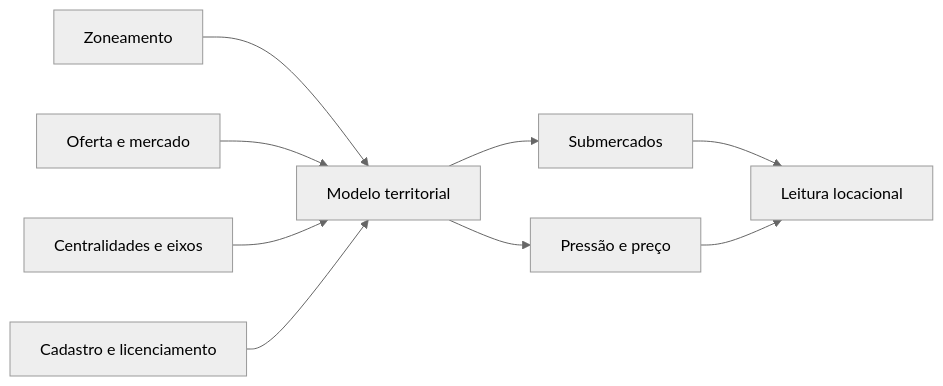
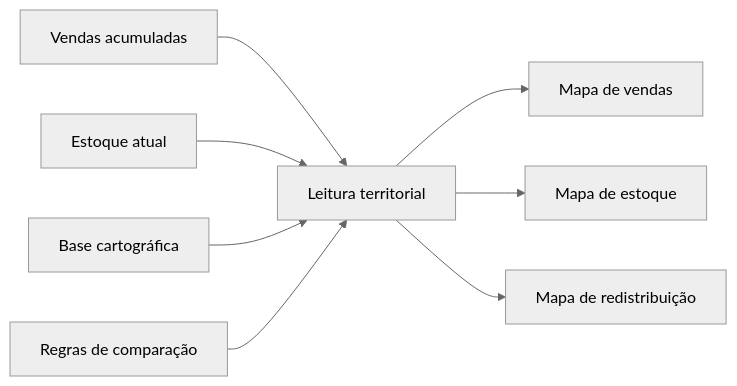
The diagram in casos/atlas-curitiba.pt-BR.md (Manoela-Calabresi-Portfolio/Manoela-Calabresi-Portfolio), drawn with Mermaid (neutral theme) before and after one commit. The commit also changed other lines of this file and 4 other files, not shown here.

````diff
--- a/casos/atlas-curitiba.pt-BR.md
+++ b/casos/atlas-curitiba.pt-BR.md
@@ -32,11 +32,10 @@
 ```mermaid
 flowchart LR
-    A[Zoneamento] --> E[Modelo territorial]
-    B[Oferta e mercado] --> E
-    C[Centralidades e eixos] --> E
-    D[Cadastro e licenciamento] --> E
-    E --> F[Submercados]
-    E --> G[Pressão e preço]
-    F --> H[Leitura locacional]
-    G --> H
+    A[Vendas acumuladas] --> E[Leitura territorial]
+    B[Estoque atual] --> E
+    C[Base cartográfica] --> E
+    D[Regras de comparação] --> E
+    E --> F[Mapa de vendas]
+    E --> G[Mapa de estoque]
+    E --> H[Mapa de redistribuição]
 ```
````
